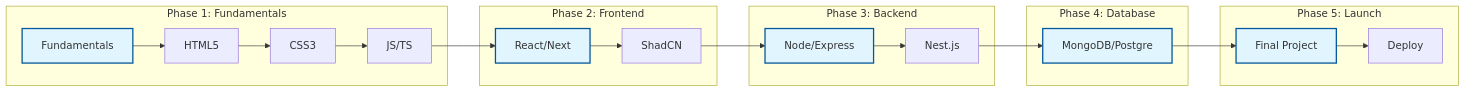
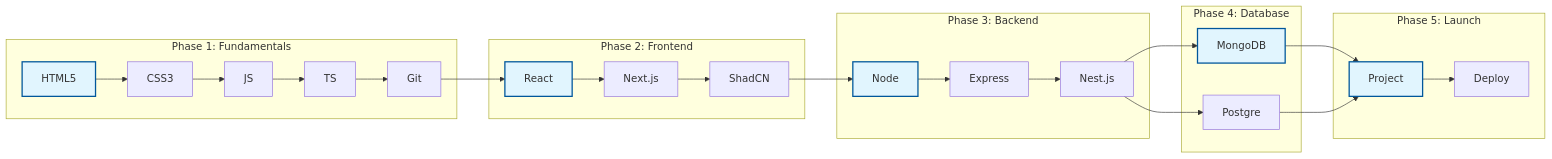
One commit to itsrajaniket/Full-Stack-MERN-Study-Structure changed the diagram in README.md. Above: the diagram before and after it, drawn with Mermaid.

Commit message:
docs: update roadmap mermaid diagram

````diff
--- a/README.md
+++ b/README.md
@@ -18,33 +18,38 @@
 ```mermaid
 graph LR
     subgraph "Phase 1: Fundamentals"
-        A[Fundamentals] --> HTML[HTML5]
-        HTML --> CSS[CSS3]
-        CSS --> JS[JS/TS]
+        HTML[HTML5] --> CSS[CSS3]
+        CSS --> JS[JS]
+        JS --> TS[TS]
+        TS --> Git[Git]
     end
 
     subgraph "Phase 2: Frontend"
-        JS --> React[React/Next]
-        React --> ShadCN[ShadCN]
+        Git --> React[React]
+        React --> Next[Next.js]
+        Next --> ShadCN[ShadCN]
     end
 
     subgraph "Phase 3: Backend"
-        ShadCN --> Node[Node/Express]
-        Node --> Nest[Nest.js]
+        ShadCN --> Node[Node]
+        Node --> Exp[Express]
+        Exp --> Nest[Nest.js]
     end
 
     subgraph "Phase 4: Database"
-        Nest --> DB[MongoDB/Postgre]
+        Nest --> MDB[MongoDB]
+        Nest --> PSQL[Postgre]
     end
 
     subgraph "Phase 5: Launch"
-        DB --> Project[Final Project]
-        Project --> Deploy[Deploy]
+        MDB --> Proj[Project]
+        PSQL --> Proj
+        Proj --> Dep[Deploy]
     end
 
-    style A fill:#e1f5fe,stroke:#01579b,stroke-width:2px
+    style HTML fill:#e1f5fe,stroke:#01579b,stroke-width:2px
     style React fill:#e1f5fe,stroke:#01579b,stroke-width:2px
     style Node fill:#e1f5fe,stroke:#01579b,stroke-width:2px
-    style DB fill:#e1f5fe,stroke:#01579b,stroke-width:2px
-    style Project fill:#e1f5fe,stroke:#01579b,stroke-width:2px
+    style MDB fill:#e1f5fe,stroke:#01579b,stroke-width:2px
+    style Proj fill:#e1f5fe,stroke:#01579b,stroke-width:2px
 ```
````
